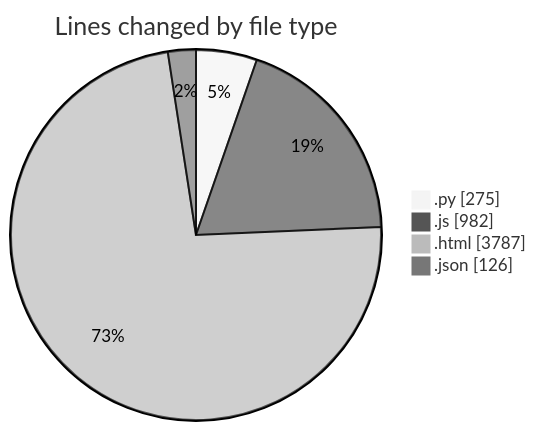
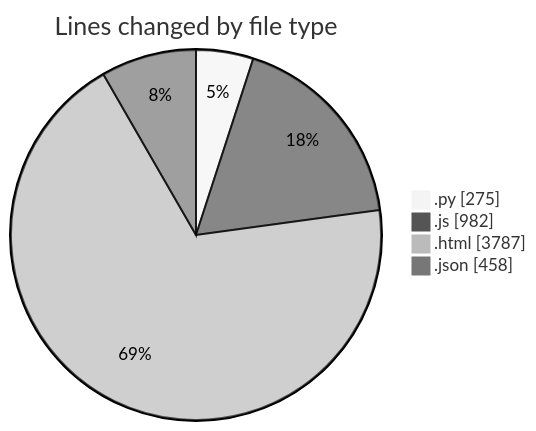
The first of 2 diagrams in 2026-07-09/twenty_versions_aminor/README.md (shibass792/code-tracking), drawn with Mermaid (neutral theme) before and after one commit. The commit also changed other lines of this file and 1 other file, not shown here.

````diff
--- a/2026-07-09/twenty_versions_aminor/README.md
+++ b/2026-07-09/twenty_versions_aminor/README.md
@@ -30,8 +31,8 @@
 ```mermaid
 pie showData
 title Lines changed by file type
 ".py" : 275
 ".js" : 982
 ".html" : 3787
-".json" : 126
+".json" : 458
 ```
````
